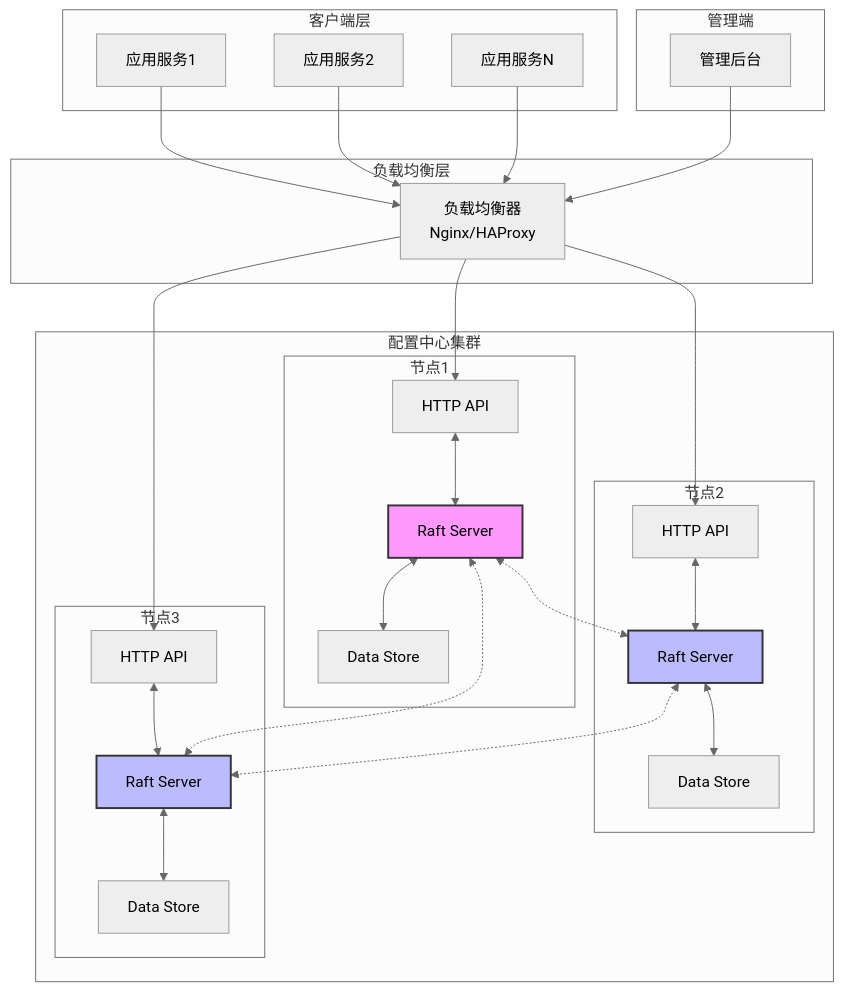
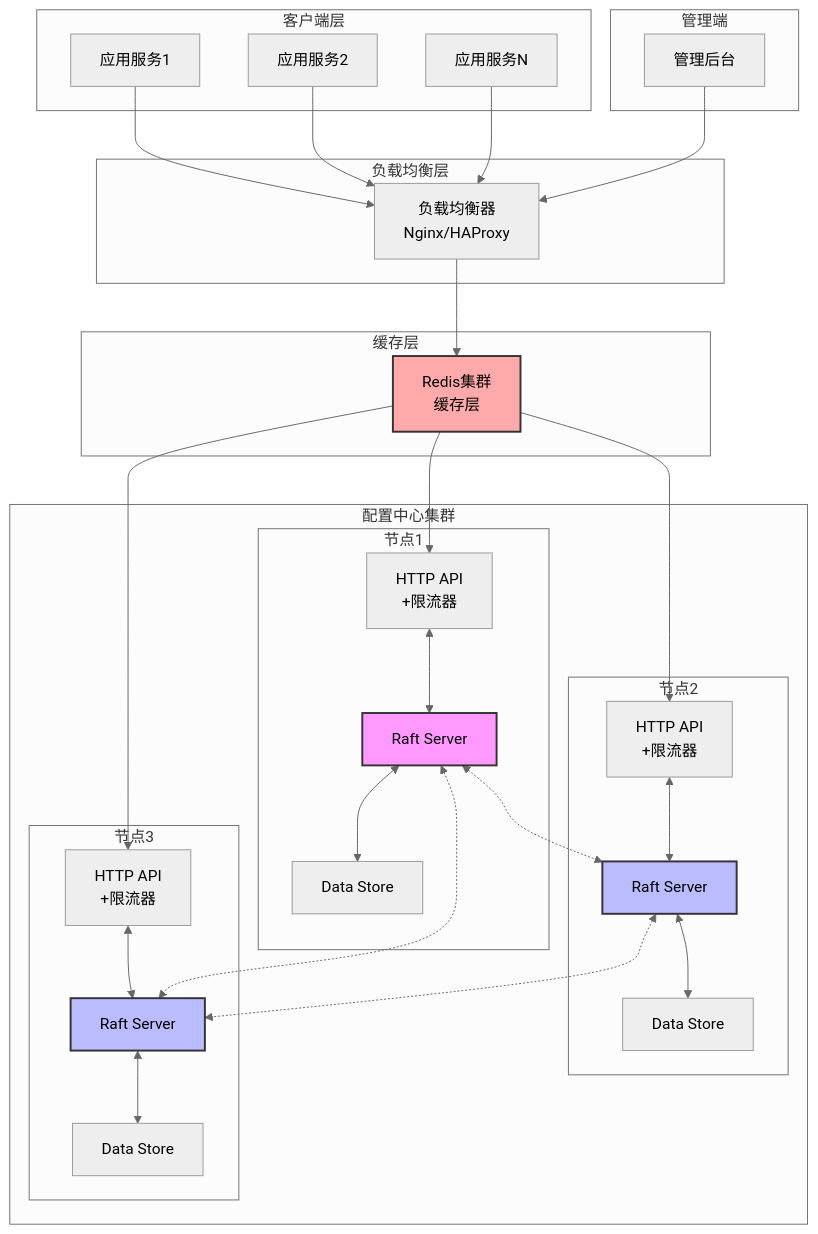
The first of 11 diagrams in config-center/docs/design.md (cmk2003/cursor-work), drawn with Mermaid (neutral theme) before and after one commit. The commit also changed other lines of this file, not shown here.

````diff
--- a/config-center/docs/design.md
+++ b/config-center/docs/design.md
@@ -36,61 +40,67 @@
 ```mermaid
 graph TB
     subgraph "客户端层"
         C1[应用服务1]
         C2[应用服务2]
         C3[应用服务N]
     end
     
     subgraph "负载均衡层"
         LB[负载均衡器<br/>Nginx/HAProxy]
     end
     
+    subgraph "缓存层"
+        RC[Redis集群<br/>缓存层]
+    end
+    
     subgraph "配置中心集群"
         subgraph "节点1"
-            API1[HTTP API]
+            API1[HTTP API<br/>+限流器]
             RS1[Raft Server]
             DS1[Data Store]
         end
         
         subgraph "节点2"
-            API2[HTTP API]
+            API2[HTTP API<br/>+限流器]
             RS2[Raft Server]
             DS2[Data Store]
         end
         
         subgraph "节点3"
-            API3[HTTP API]
+            API3[HTTP API<br/>+限流器]
             RS3[Raft Server]
             DS3[Data Store]
         end
     end
     
     subgraph "管理端"
         Admin[管理后台]
     end
     
     C1 --> LB
     C2 --> LB
     C3 --> LB
     Admin --> LB
     
-    LB --> API1
-    LB --> API2
-    LB --> API3
+    LB --> RC
+    RC --> API1
+    RC --> API2
+    RC --> API3
     
     API1 <--> RS1
     API2 <--> RS2
     API3 <--> RS3
     
     RS1 <--> DS1
     RS2 <--> DS2
     RS3 <--> DS3
     
     RS1 <-.-> RS2
     RS2 <-.-> RS3
     RS1 <-.-> RS3
     
+    style RC fill:#faa,stroke:#333,stroke-width:2px
     style RS1 fill:#f9f,stroke:#333,stroke-width:2px
     style RS2 fill:#bbf,stroke:#333,stroke-width:2px
     style RS3 fill:#bbf,stroke:#333,stroke-width:2px
 ```
````
